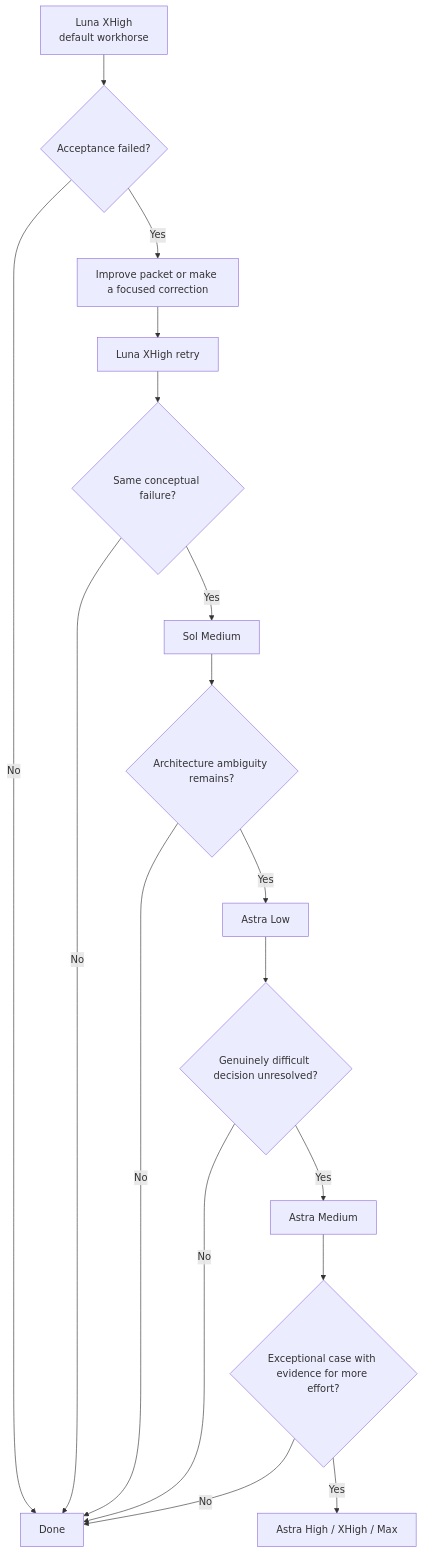
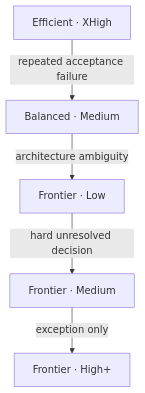
One commit to Strataward/durable-threads changed the fourth of 6 diagrams in docs/articles/frontier-decisions-cheap-execution.md. Above: the diagram before and after it, drawn with Mermaid. The commit also changed other lines of this file and 6 other files, not shown here.

````diff
--- a/docs/articles/frontier-decisions-cheap-execution.md
+++ b/docs/articles/frontier-decisions-cheap-execution.md
@@ -143,19 +143,7 @@
 ```mermaid
-flowchart TD
-    L["Luna XHigh<br/>default workhorse"] --> Q1{"Acceptance failed?"}
-    Q1 -->|"No"| DONE["Done"]
-    Q1 -->|"Yes"| FIX["Improve packet or make a focused correction"]
-    FIX --> L2["Luna XHigh retry"]
-    L2 --> Q2{"Same conceptual failure?"}
-    Q2 -->|"No"| DONE
-    Q2 -->|"Yes"| S["Sol Medium"]
-    S --> Q3{"Architecture ambiguity remains?"}
-    Q3 -->|"No"| DONE
-    Q3 -->|"Yes"| A1["Astra Low"]
-    A1 --> Q4{"Genuinely difficult decision unresolved?"}
-    Q4 -->|"No"| DONE
-    Q4 -->|"Yes"| A2["Astra Medium"]
-    A2 --> Q5{"Exceptional case with evidence for more effort?"}
-    Q5 -->|"No"| DONE
-    Q5 -->|"Yes"| AX["Astra High / XHigh / Max"]
+flowchart TB
+    L["Efficient · XHigh"] -->|"repeated acceptance failure"| S["Balanced · Medium"]
+    S -->|"architecture ambiguity"| A1["Frontier · Low"]
+    A1 -->|"hard unresolved decision"| A2["Frontier · Medium"]
+    A2 -->|"exception only"| AX["Frontier · High+"]
 ```
````
